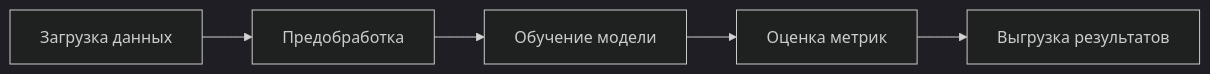
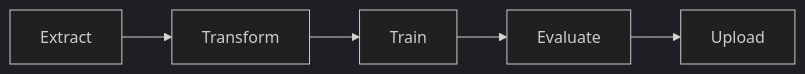
Before and after one commit to sergkurilenko/DE_Exam: the diagram in README.md, drawn with Mermaid (dark theme). The commit also changed other lines of this file and 10 other files, not shown here.

````diff
--- a/README.md
+++ b/README.md
@@ -37,7 +159,7 @@
-     ```mermaid
-     graph LR
-       A[Загрузка данных] --> B[Предобработка]
-       B --> C[Обучение модели]
-       C --> D[Оценка метрик]
-       D --> E[Выгрузка результатов]
-     ```
+```mermaid
+flowchart LR
+  A[Extract] --> B[Transform]
+  B --> C[Train]
+  C --> D[Evaluate]
+  D --> E[Upload]
+```
````
